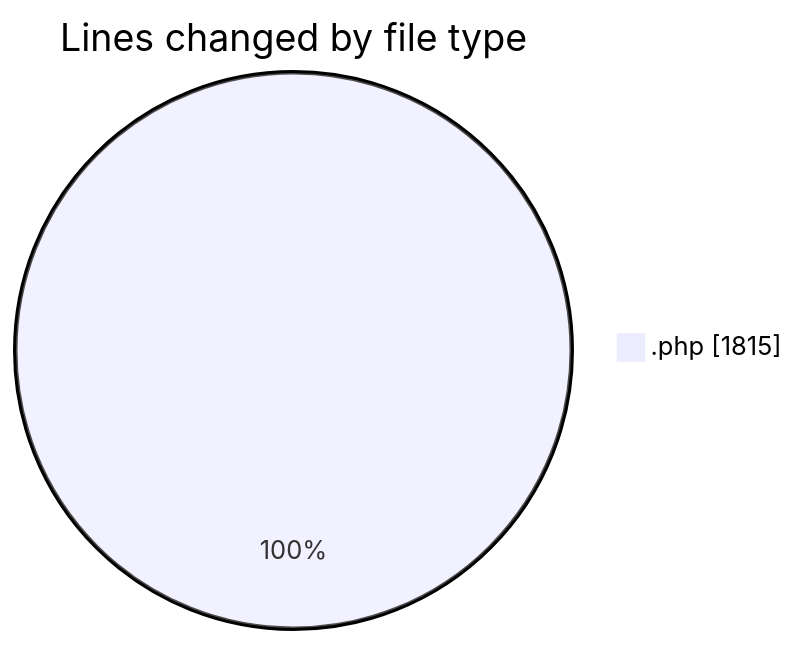
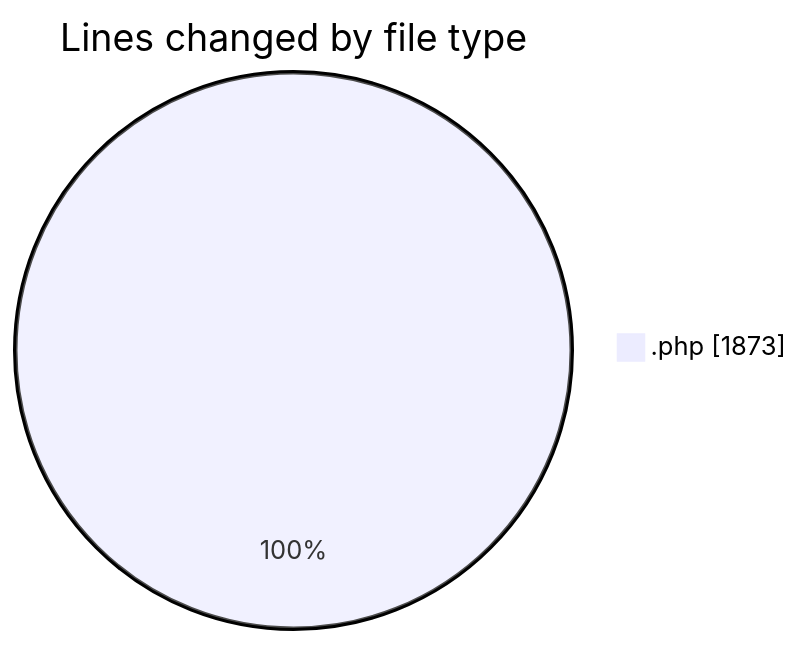
One commit to debugP/code-tracking changed the first of 2 diagrams in 2026-01-13/plugins__workspace_/README.md. Above: the diagram before and after it, drawn with Mermaid. The commit also changed other lines of this file and 1 other file, not shown here.

````diff
--- a/2026-01-13/plugins__workspace_/README.md
+++ b/2026-01-13/plugins__workspace_/README.md
@@ -20,5 +20,5 @@
 ```mermaid
 pie showData
 title Lines changed by file type
-".php" : 1815
+".php" : 1873
 ```
````
